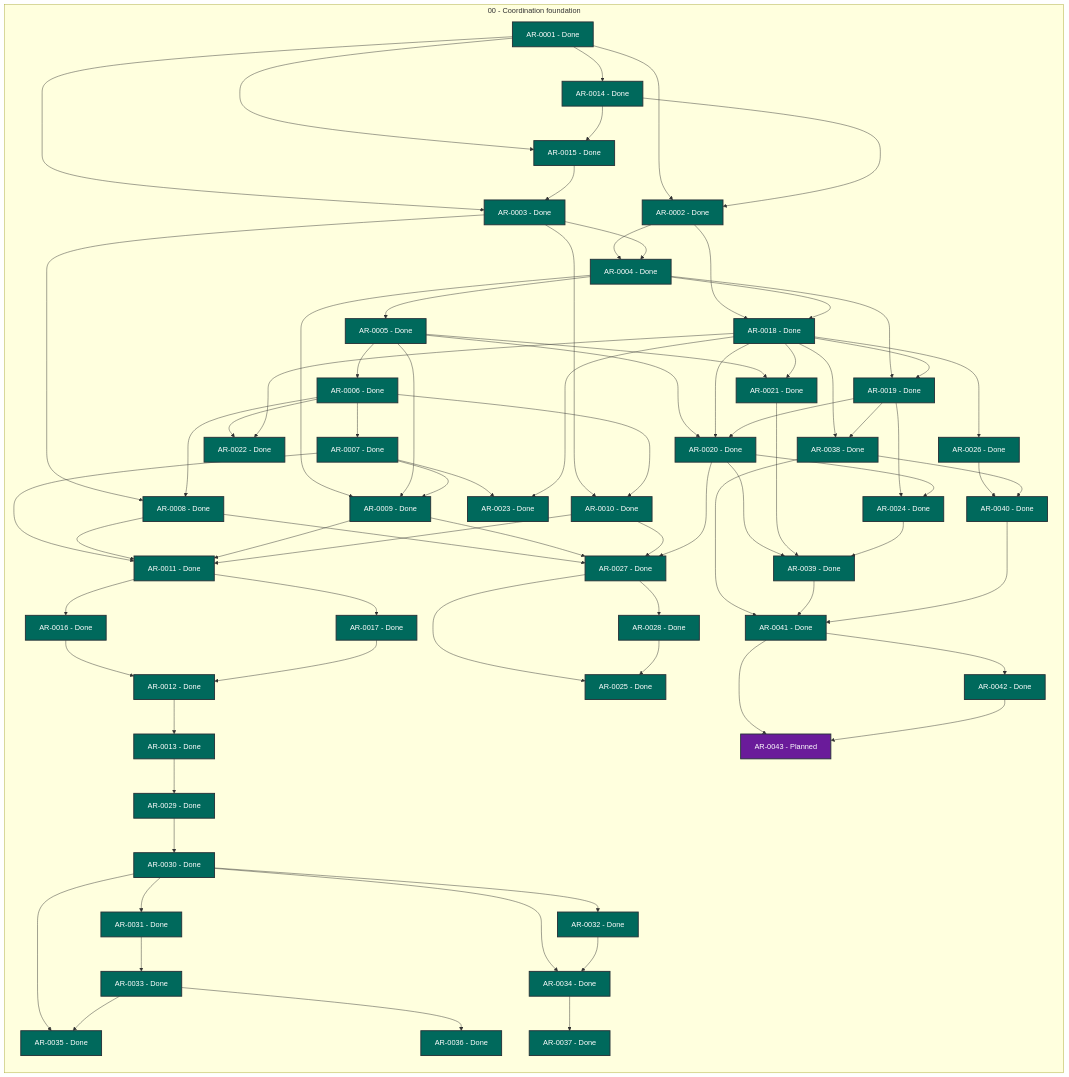
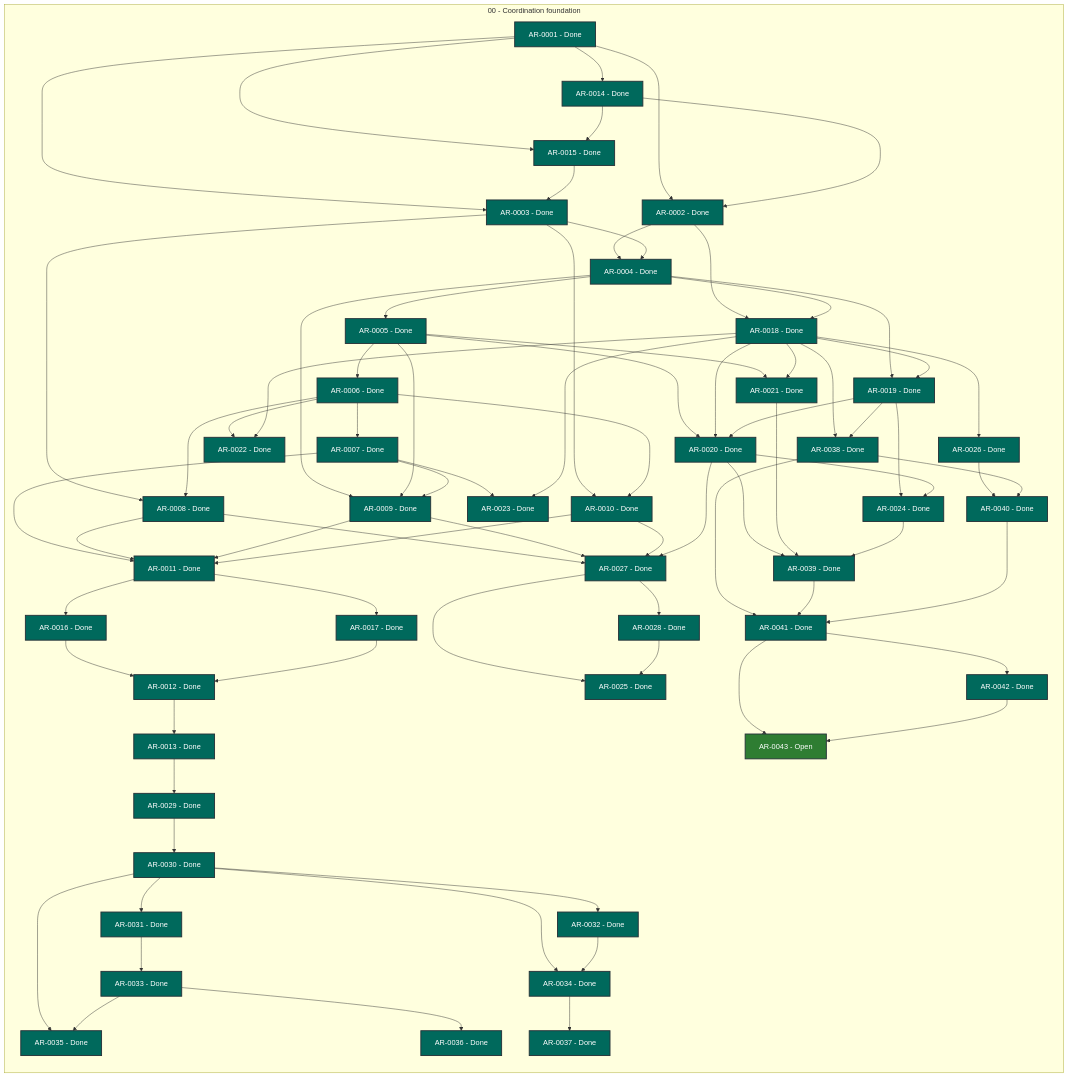
The diagram in STATUS.md (martin-beck/agent-workflow-tui-state), drawn with Mermaid before and after one commit. The commit also changed other lines of this file and 2 other files, not shown here.

```diff
--- a/STATUS.md
+++ b/STATUS.md
@@ -70,7 +70,7 @@
         AR_0040["AR-0040 - Done"]:::status_done
         AR_0041["AR-0041 - Done"]:::status_done
         AR_0042["AR-0042 - Done"]:::status_done
-        AR_0043["AR-0043 - Planned"]:::status_planned
+        AR_0043["AR-0043 - Open"]:::status_open
     end
     AR_0001 --> AR_0002
     AR_0001 --> AR_0003
```
